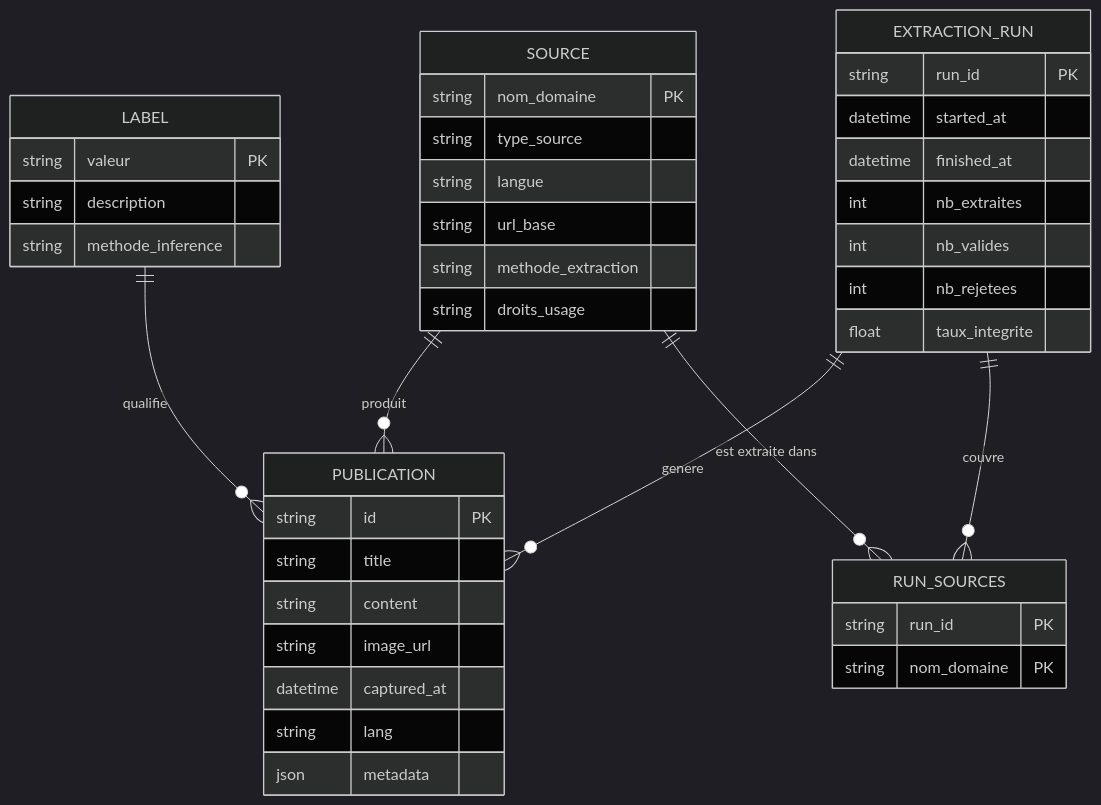
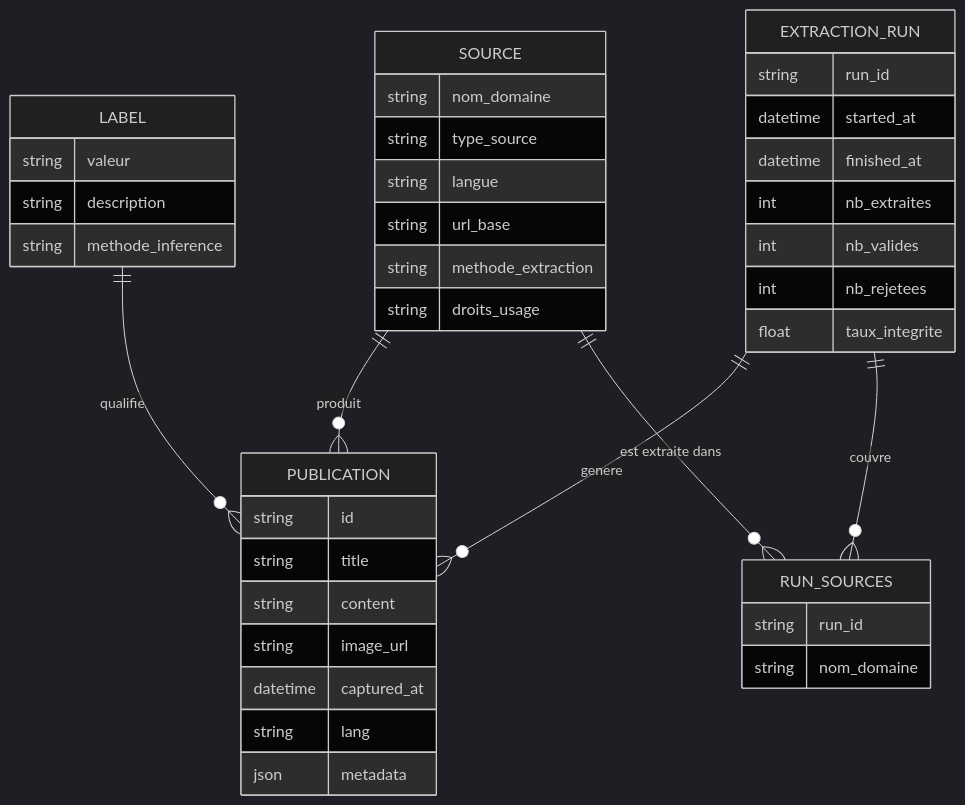
One commit to racemartin/m12_ocr changed the first of 4 diagrams in docs/L4_schema_donnees.md. Above: the diagram before and after it, drawn with Mermaid (dark theme). The commit also changed other lines of this file and 2 other files, not shown here.

Commit message:
fix(L4): docs/L4_schema_donnees.md

````diff
--- a/docs/L4_schema_donnees.md
+++ b/docs/L4_schema_donnees.md
@@ -15,48 +15,48 @@
 ```mermaid
 erDiagram
     SOURCE {
-        string nom_domaine        PK
+        string nom_domaine
         string type_source
         string langue
         string url_base
         string methode_extraction
         string droits_usage
     }
 
     PUBLICATION {
-        string   id            PK
+        string   id
         string   title
         string   content
         string   image_url
         datetime captured_at
         string   lang
         json     metadata
     }
 
     LABEL {
-        string valeur           PK
+        string valeur
         string description
         string methode_inference
     }
 
     EXTRACTION_RUN {
-        string   run_id         PK
+        string   run_id
         datetime started_at
         datetime finished_at
         int      nb_extraites
         int      nb_valides
         int      nb_rejetees
         float    taux_integrite
     }
 
     RUN_SOURCES {
-        string run_id           PK
-        string nom_domaine      PK
+        string run_id
+        string nom_domaine
     }
 
-    SOURCE         ||--o{ PUBLICATION   : "produit"
-    LABEL          ||--o{ PUBLICATION   : "qualifie"
-    EXTRACTION_RUN ||--o{ PUBLICATION   : "genere"
-    EXTRACTION_RUN ||--o{ RUN_SOURCES   : "couvre"
-    SOURCE         ||--o{ RUN_SOURCES   : "est extraite dans"
+    SOURCE         ||--o{ PUBLICATION  : "produit"
+    LABEL          ||--o{ PUBLICATION  : "qualifie"
+    EXTRACTION_RUN ||--o{ PUBLICATION  : "genere"
+    EXTRACTION_RUN ||--o{ RUN_SOURCES  : "couvre"
+    SOURCE         ||--o{ RUN_SOURCES  : "est extraite dans"
 ```
````
